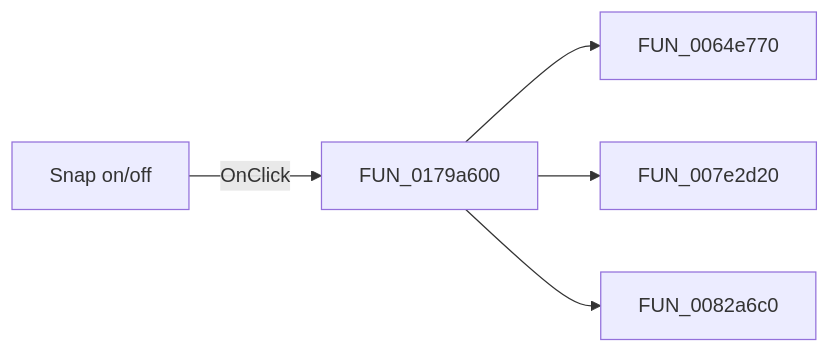
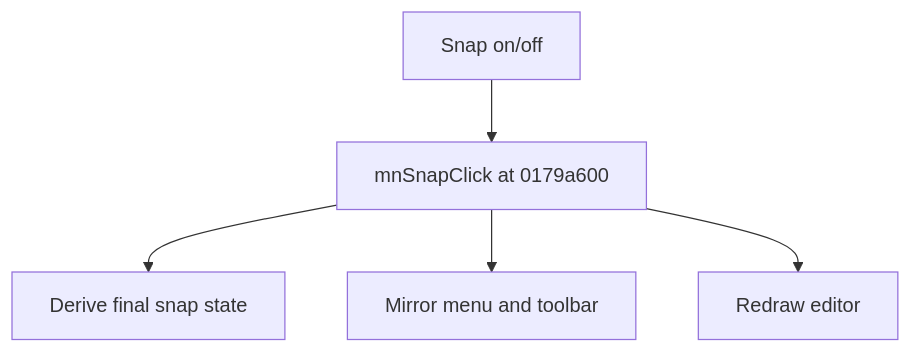
Before and after one commit to MovGP0/TIARA: the diagram in docs/ui-controls/shapeedit/sbsnap-f5be5c5649.md, drawn with Mermaid. The commit also changed other lines of this file and 1062 other files, not shown here.

````diff
--- a/docs/ui-controls/shapeedit/sbsnap-f5be5c5649.md
+++ b/docs/ui-controls/shapeedit/sbsnap-f5be5c5649.md
@@ -27,7 +27,7 @@
 ```mermaid
-flowchart LR
-    control["Snap on/off"] -->|OnClick| handler["FUN_0179a600"]
-    handler --> call1["FUN_0064e770"]
-    handler --> call2["FUN_007e2d20"]
-    handler --> call3["FUN_0082a6c0"]
+flowchart TD
+    control["Snap on/off"] --> handler["mnSnapClick at 0179a600"]
+    handler --> step1["Derive final snap state"]
+    handler --> step2["Mirror menu and toolbar"]
+    handler --> step3["Redraw editor"]
 ```
````
